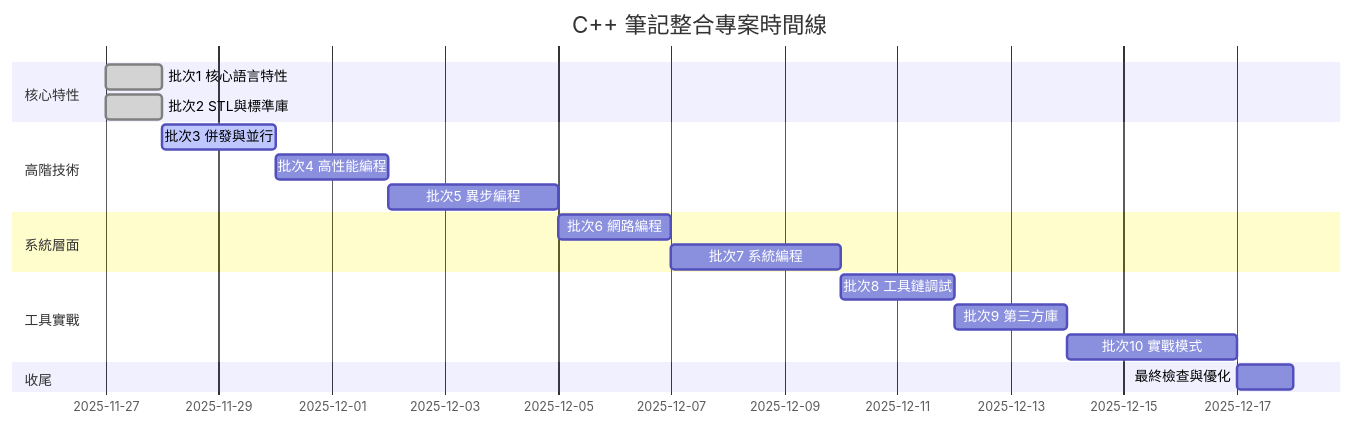
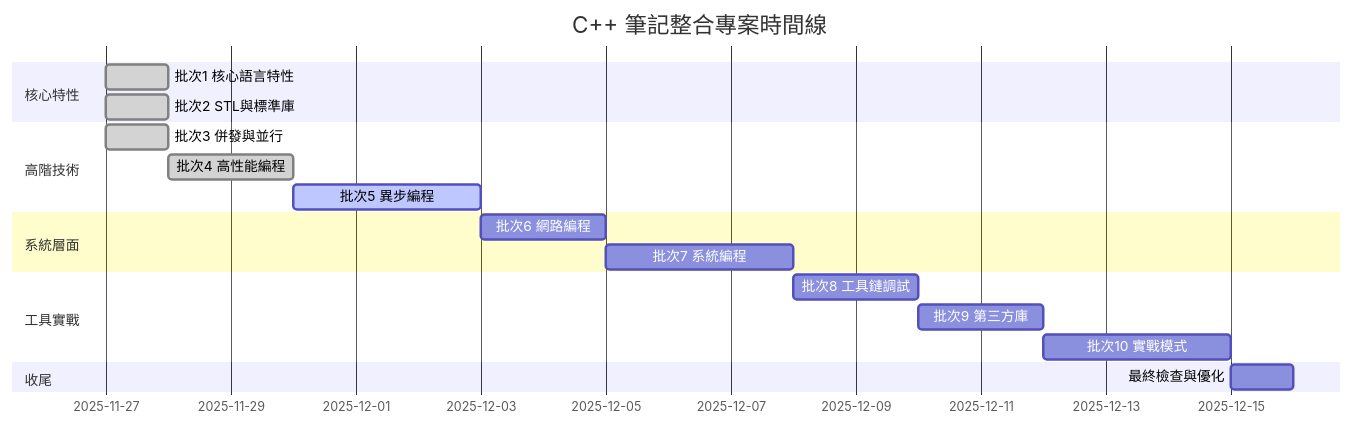
Before and after one commit to LiamStanDev/programming-notes: the first of 2 diagrams in 1. Programing/02-languages/cpp_new/IMPLEMENTATION.md, drawn with Mermaid. The commit also changed other lines of this file and 25 other files, not shown here.

````diff
--- a/1. Programing/02-languages/cpp_new/IMPLEMENTATION.md
+++ b/1. Programing/02-languages/cpp_new/IMPLEMENTATION.md
@@ -373,21 +375,21 @@
 ```mermaid
 gantt
     title C++ 筆記整合專案時間線
     dateFormat YYYY-MM-DD
     section 核心特性
     批次1 核心語言特性    :done, batch1, 2025-11-27, 1d
     批次2 STL與標準庫     :done, batch2, 2025-11-27, 1d
     section 高階技術  
-    批次3 併發與並行      :active, batch3, 2025-11-28, 2d
-    批次4 高性能編程      :batch4, after batch3, 2d
-    批次5 異步編程        :batch5, after batch4, 3d
+    批次3 併發與並行      :done, batch3, 2025-11-27, 1d
+    批次4 高性能編程      :done, batch4, after batch3, 2d
+    批次5 異步編程        :active, batch5, after batch4, 3d
     section 系統層面
     批次6 網路編程        :batch6, after batch5, 2d
     批次7 系統編程        :batch7, after batch6, 3d
     section 工具實戰
     批次8 工具鏈調試      :batch8, after batch7, 2d
     批次9 第三方庫        :batch9, after batch8, 2d
     批次10 實戰模式       :batch10, after batch9, 3d
     section 收尾
     最終檢查與優化        :final, after batch10, 1d
 ```
````
